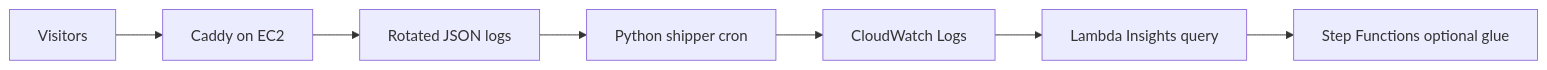
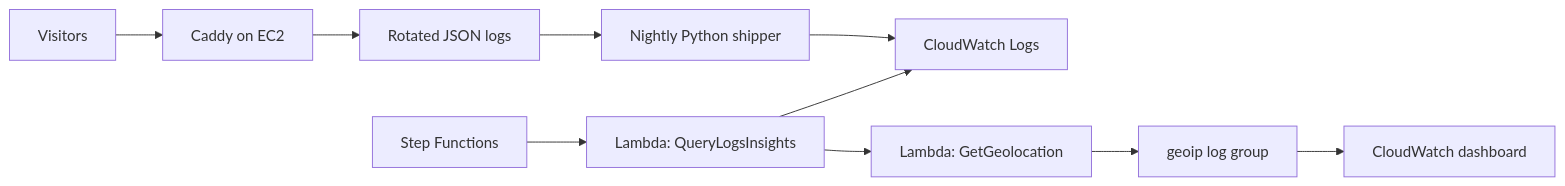
The diagram in hugo/content/posts/caddy-ec2-cloudwatch-lambda/index.md (antoinebou12/CV), drawn with Mermaid before and after one commit. The commit also changed other lines of this file and 2 other files, not shown here.

````diff
--- a/hugo/content/posts/caddy-ec2-cloudwatch-lambda/index.md
+++ b/hugo/content/posts/caddy-ec2-cloudwatch-lambda/index.md
@@ -26,9 +39,12 @@
 ```mermaid
 flowchart LR
   User[Visitors] --> Caddy[Caddy on EC2]
   Caddy --> Files[Rotated JSON logs]
-  Files --> Cron[Python shipper cron]
+  Files --> Cron[Nightly Python shipper]
   Cron --> CW[CloudWatch Logs]
-  CW --> Lambda[Lambda Insights query]
-  Lambda --> SFN[Step Functions optional glue]
+  SFN[Step Functions] --> Q[Lambda: QueryLogsInsights]
+  Q --> CW
+  Q --> G[Lambda: GetGeolocation]
+  G --> Geo[geoip log group]
+  Geo --> Dash[CloudWatch dashboard]
 ```
````
